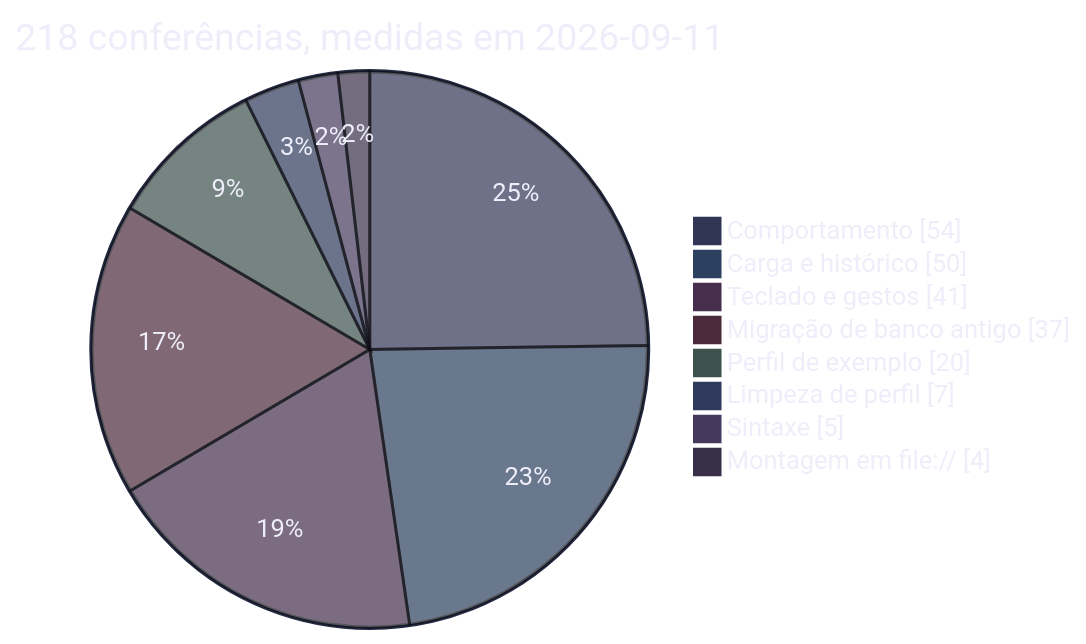
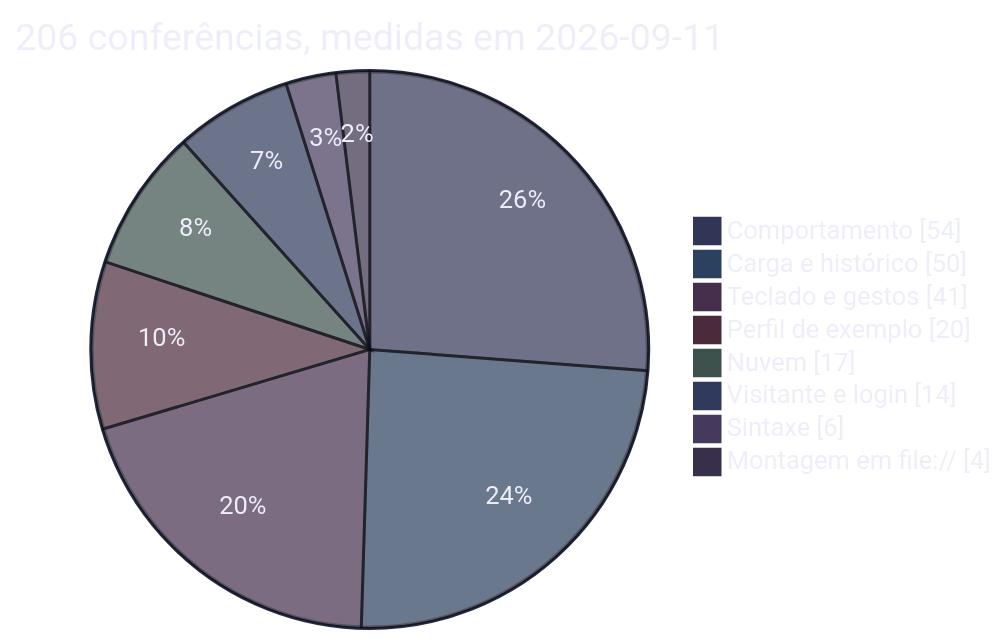
Before and after one commit to v-amorim/academia: the third of 3 diagrams in README.md, drawn with Mermaid. The commit also changed other lines of this file and 13 other files, not shown here.

First line of the commit message:
feat: a nuvem entra, com login por usuário e senha e um branch por pessoa no Firestore

````diff
--- a/README.md
+++ b/README.md
@@ -155,50 +154,50 @@
 ```mermaid
 ---
 config:
   theme: base
   themeVariables:
     darkMode: true
     background: "#0D0E17"
     mainBkg: "#141726"
     primaryColor: "#141726"
     primaryTextColor: "#EEEEFA"
     primaryBorderColor: "#7386d0"
     secondaryColor: "#252A42"
     secondaryTextColor: "#EEEEFA"
     tertiaryColor: "#7386D0"
     tertiaryTextColor: "#EEEEFA"
     lineColor: "#7386d0"
     textColor: "#EEEEFA"
     titleColor: "#EEEEFA"
     labelColor: "#EEEEFA"
     nodeBorder: "#7386d0"
     nodeTextColor: "#EEEEFA"
     edgeLabelBackground: "#141726"
     defaultLinkColor: "#7386d0"
     fontFamily: "Mulish, system-ui, sans-serif"
     fontSize: "14px"
     pie1: "#323656"
     pie2: "#2c405f"
     pie3: "#462f4d"
     pie4: "#4b2b3b"
     pie5: "#3d514d"
     pie6: "#2f3a5c"
     pie7: "#453a5e"
     pie8: "#38304a"
     pieTitleTextColor: "#EEEEFA"
     pieSectionTextColor: "#EEEEFA"
     pieLegendTextColor: "#EEEEFA"
     pieStrokeColor: "#0D0E17"
     pieOuterStrokeColor: "#252A42"
 ---
 pie showData
-  title 218 conferências, medidas em 2026-09-11
+  title 206 conferências, medidas em 2026-09-11
   "Comportamento" : 54
   "Carga e histórico" : 50
   "Teclado e gestos" : 41
-  "Migração de banco antigo" : 37
   "Perfil de exemplo" : 20
-  "Limpeza de perfil" : 7
-  "Sintaxe" : 5
+  "Nuvem" : 17
+  "Visitante e login" : 14
+  "Sintaxe" : 6
   "Montagem em file://" : 4
 ```
````
